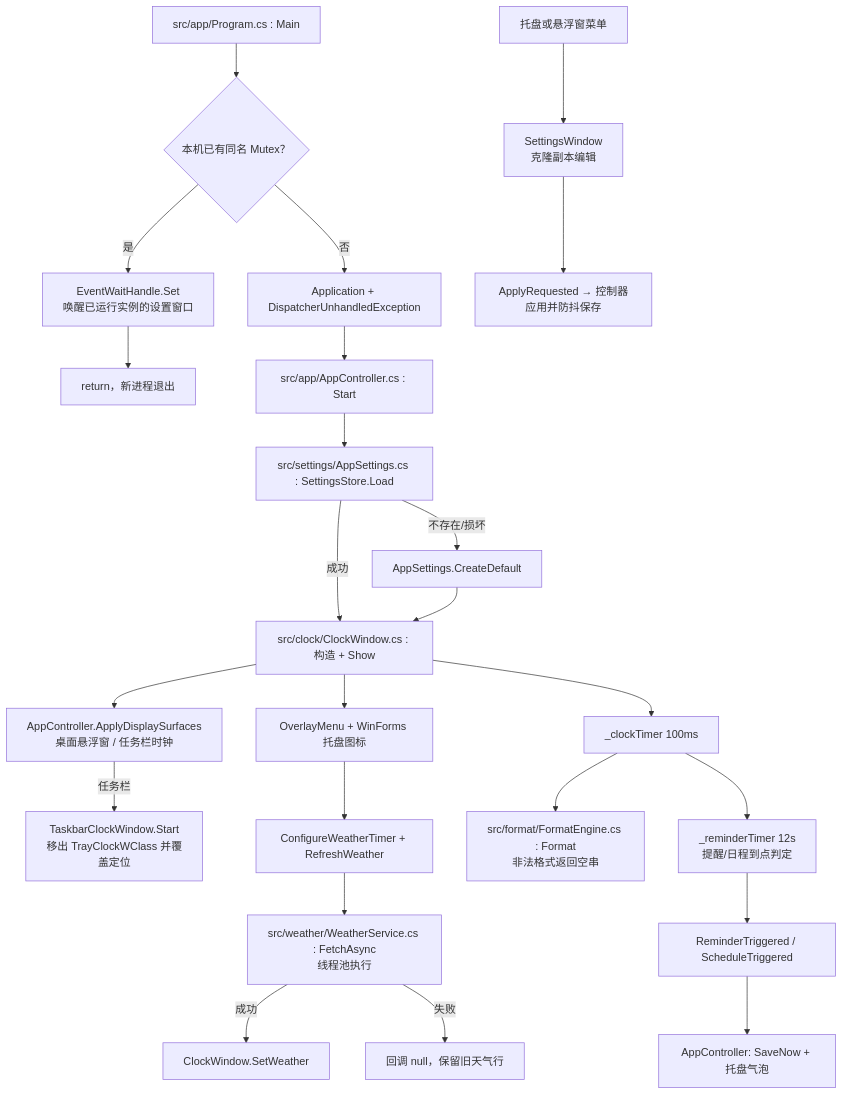
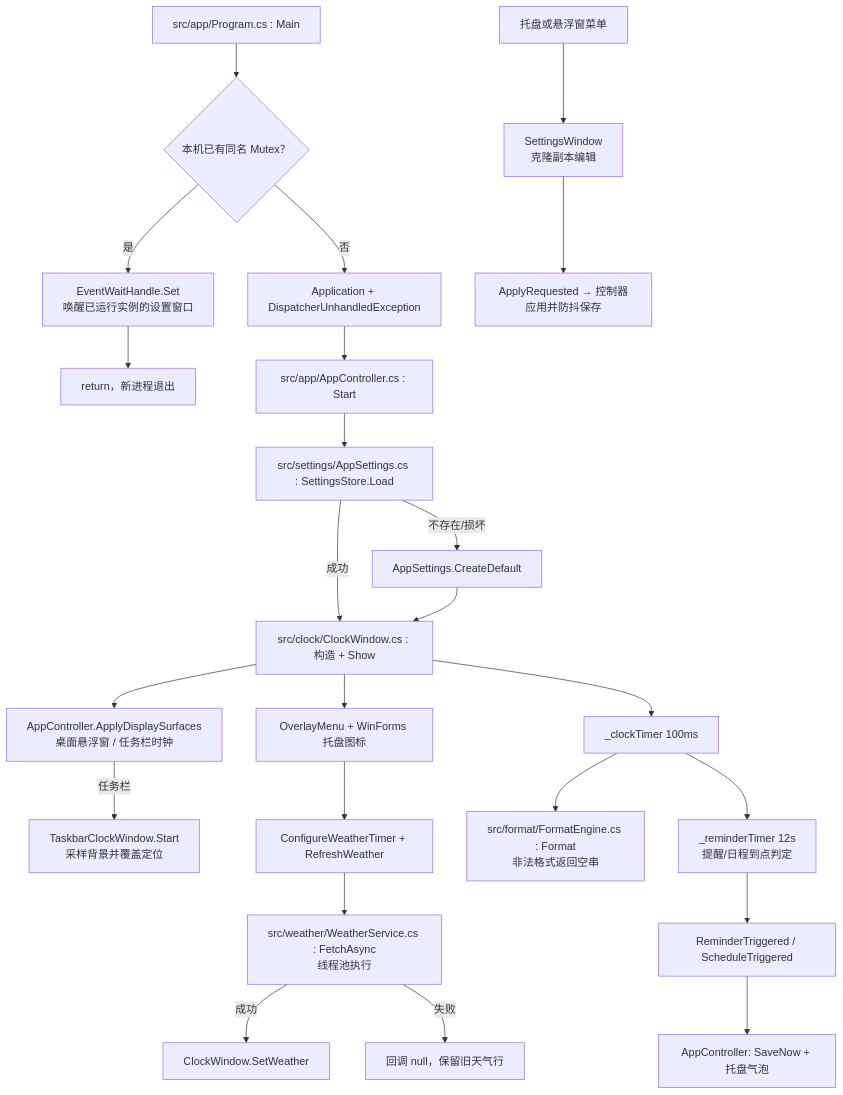
Before and after one commit to GitHubRise/timer: the diagram in docs/300001-系统架构与模块契约.md, drawn with Mermaid. The commit also changed other lines of this file and 15 other files, not shown here.

````diff
--- a/docs/300001-系统架构与模块契约.md
+++ b/docs/300001-系统架构与模块契约.md
@@ -63,26 +65,26 @@
 ```mermaid
 flowchart TD
     A["src/app/Program.cs : Main"] --> B{"本机已有同名 Mutex？"}
     B -- 是 --> B1["EventWaitHandle.Set<br/>唤醒已运行实例的设置窗口"]
     B1 --> B2["return，新进程退出"]
     B -- 否 --> C["Application + DispatcherUnhandledException"]
     C --> D["src/app/AppController.cs : Start"]
     D --> E["src/settings/AppSettings.cs : SettingsStore.Load"]
     E -- 不存在/损坏 --> E1["AppSettings.CreateDefault"]
     E -- 成功 --> F
     E1 --> F["src/clock/ClockWindow.cs : 构造 + Show"]
     F --> G["OverlayMenu + WinForms 托盘图标"]
     F --> F1["AppController.ApplyDisplaySurfaces<br/>桌面悬浮窗 / 任务栏时钟"]
-    F1 -- 任务栏 --> F2["TaskbarClockWindow.Start<br/>移出 TrayClockWClass 并覆盖定位"]
+    F1 -- 任务栏 --> F2["TaskbarClockWindow.Start<br/>采样背景并覆盖定位"]
     G --> H["ConfigureWeatherTimer + RefreshWeather"]
     H --> I["src/weather/WeatherService.cs : FetchAsync<br/>线程池执行"]
     I -- 成功 --> J["ClockWindow.SetWeather"]
     I -- 失败 --> K["回调 null，保留旧天气行"]
     F --> L["_clockTimer 100ms"]
     L --> M["src/format/FormatEngine.cs : Format<br/>非法格式返回空串"]
     L --> N["_reminderTimer 12s<br/>提醒/日程到点判定"]
     N --> O["ReminderTriggered / ScheduleTriggered"]
     O --> P["AppController: SaveNow + 托盘气泡"]
     Q["托盘或悬浮窗菜单"] --> R["SettingsWindow<br/>克隆副本编辑"]
     R --> S["ApplyRequested → 控制器应用并防抖保存"]
 ```
````
